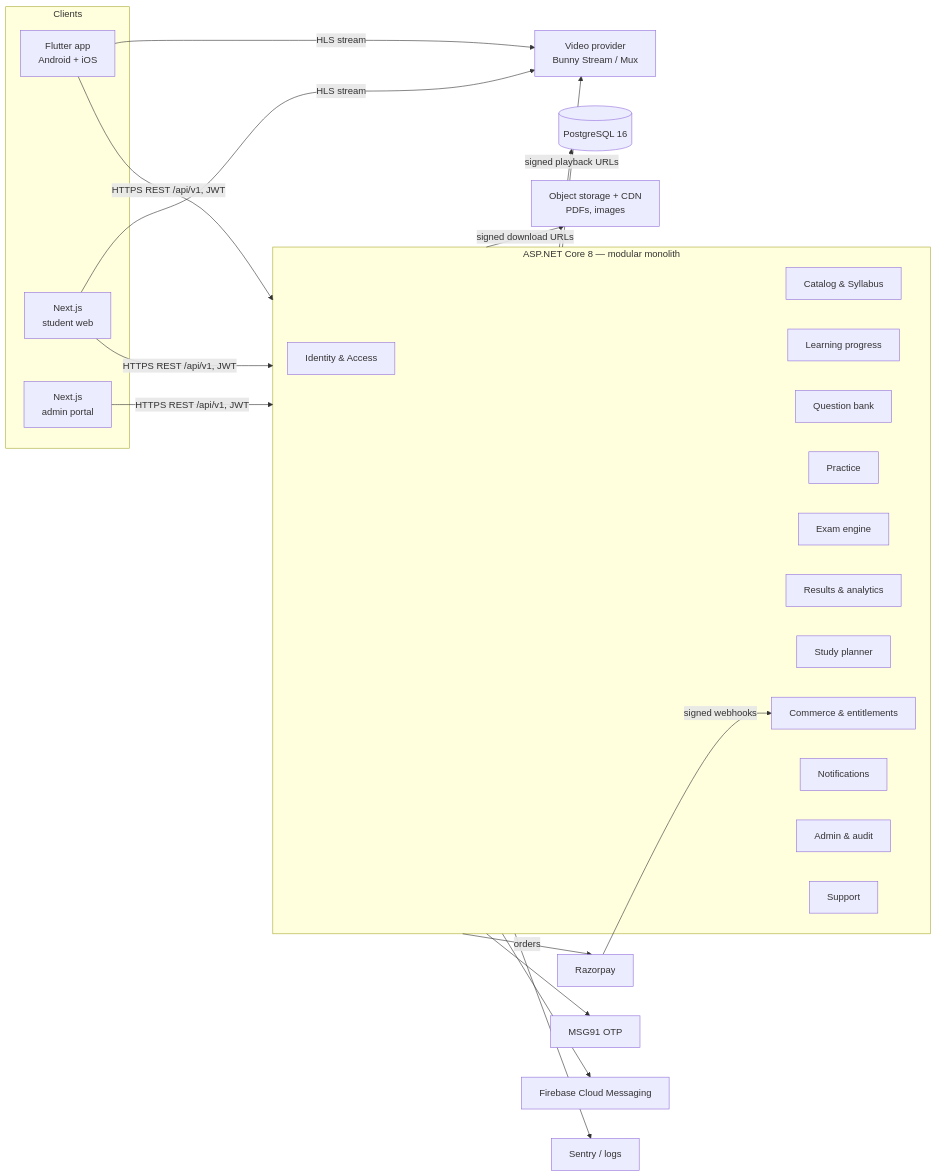
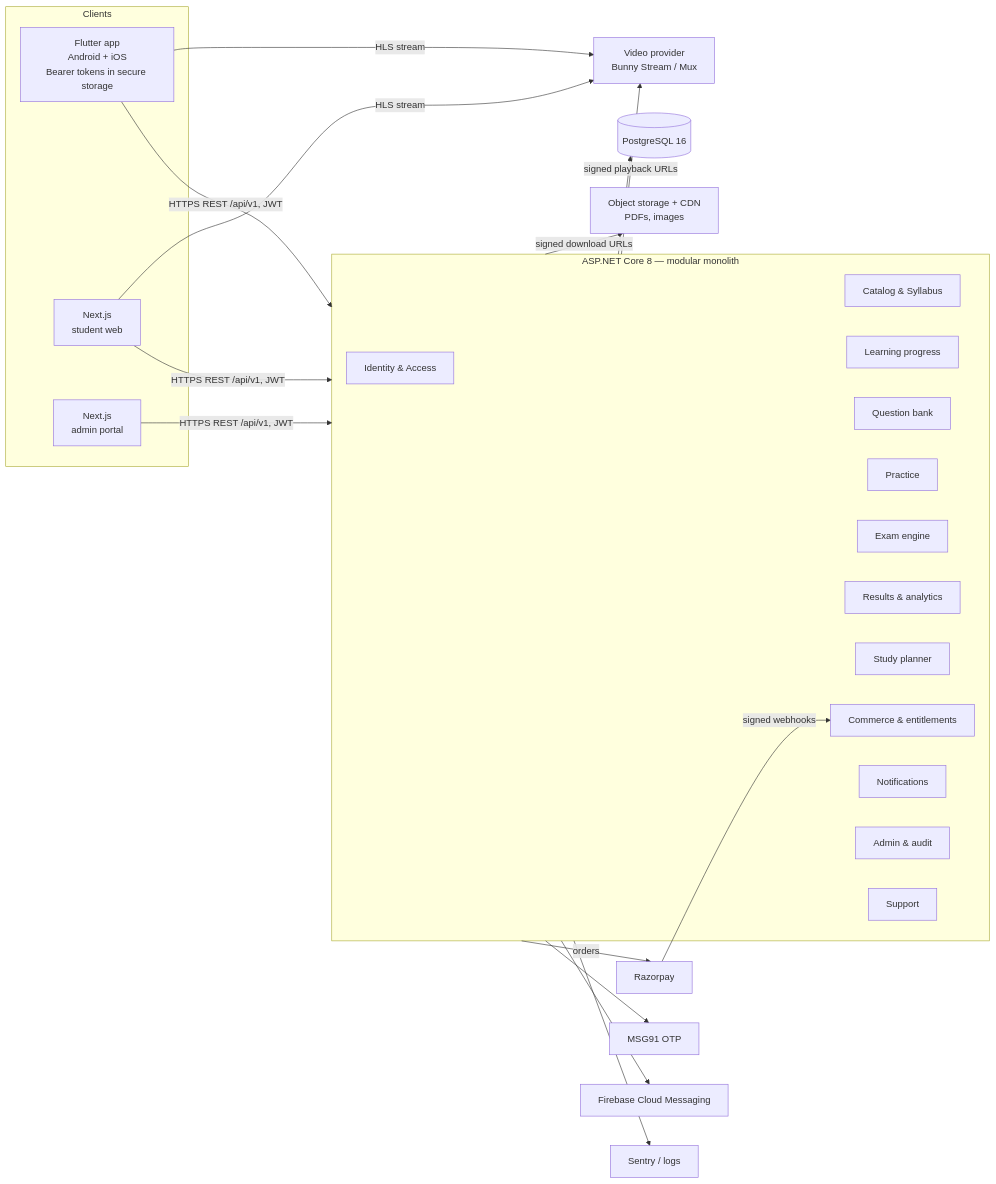
The diagram in docs/03-architecture.md (iftakhar27/learnpath), drawn with Mermaid before and after one commit. The commit also changed other lines of this file and 121 other files, not shown here.

First line of the commit message:
Flutter student app (Android/iOS) and backend support for native video

````diff
--- a/docs/03-architecture.md
+++ b/docs/03-architecture.md
@@ -5,40 +5,40 @@
 ```mermaid
 flowchart LR
   subgraph Clients
-    A[Flutter app<br/>Android + iOS]
+    A[Flutter app<br/>Android + iOS<br/>Bearer tokens in secure storage]
     W[Next.js<br/>student web]
     AD[Next.js<br/>admin portal]
   end
   subgraph API["ASP.NET Core 8 — modular monolith"]
     ID[Identity & Access]
     CAT[Catalog & Syllabus]
     LRN[Learning progress]
     QB[Question bank]
     PR[Practice]
     EX[Exam engine]
     AN[Results & analytics]
     SP[Study planner]
     COM[Commerce & entitlements]
     NOT[Notifications]
     ADM[Admin & audit]
     SUP[Support]
   end
   DB[(PostgreSQL 16)]
   VID[Video provider<br/>Bunny Stream / Mux]
   OBJ[Object storage + CDN<br/>PDFs, images]
   RZ[Razorpay]
   SMS[MSG91 OTP]
   FCM[Firebase Cloud Messaging]
   MON[Sentry / logs]
 
   A & W & AD -->|HTTPS REST /api/v1, JWT| API
   API --> DB
   API -->|signed playback URLs| VID
   API -->|signed download URLs| OBJ
   A & W -->|HLS stream| VID
   API -->|orders| RZ
   RZ -->|signed webhooks| COM
   API --> SMS
   API --> FCM
   API --> MON
 ```
````
